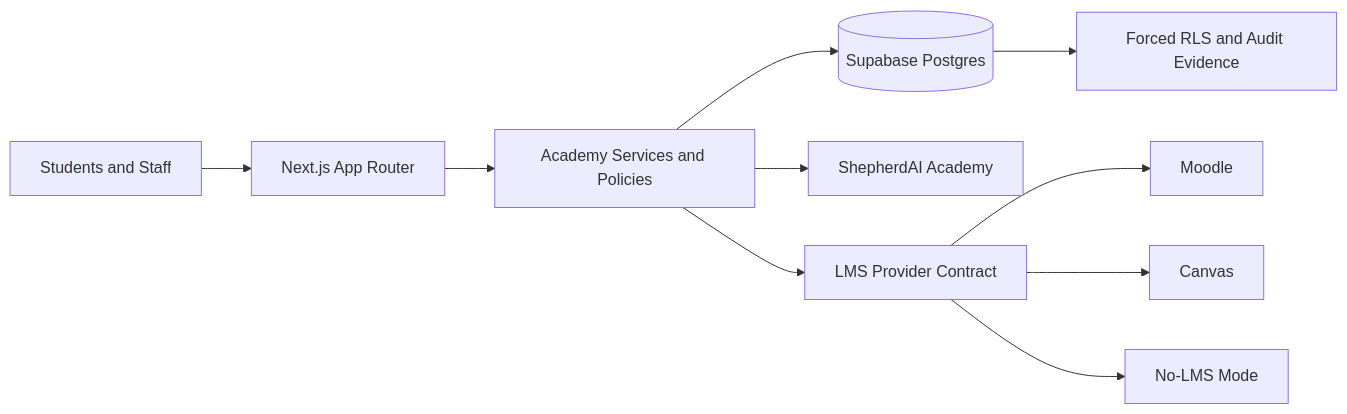
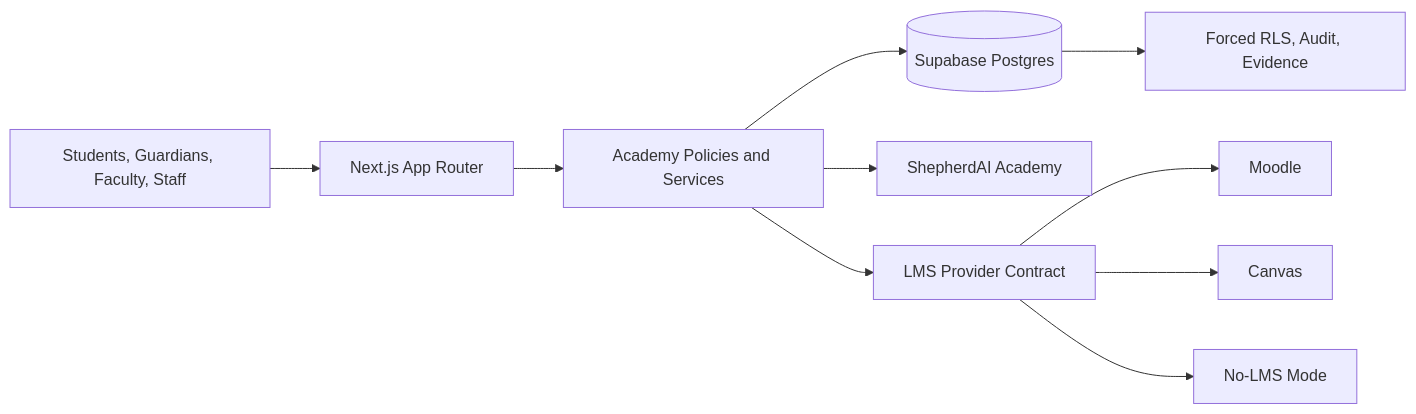
Before and after one commit to ricardojjulia/ChurchCore-Academy: the diagram in README.md, drawn with Mermaid. The commit also changed other lines of this file and 34 other files, not shown here.

````diff
--- a/README.md
+++ b/README.md
@@ -76,12 +72,12 @@
 ```mermaid
 flowchart LR
-    U[Students and Staff] --> N[Next.js App Router]
-    N --> A[Academy Services and Policies]
-    A --> D[(Supabase Postgres)]
-    A --> S[ShepherdAI Academy]
-    A --> L[LMS Provider Contract]
+    U[Students, Guardians, Faculty, Staff] --> N[Next.js App Router]
+    N --> P[Academy Policies and Services]
+    P --> D[(Supabase Postgres)]
+    P --> S[ShepherdAI Academy]
+    P --> L[LMS Provider Contract]
     L --> M[Moodle]
     L --> C[Canvas]
     L --> X[No-LMS Mode]
-    D --> R[Forced RLS and Audit Evidence]
+    D --> R[Forced RLS, Audit, Evidence]
 ```
````
